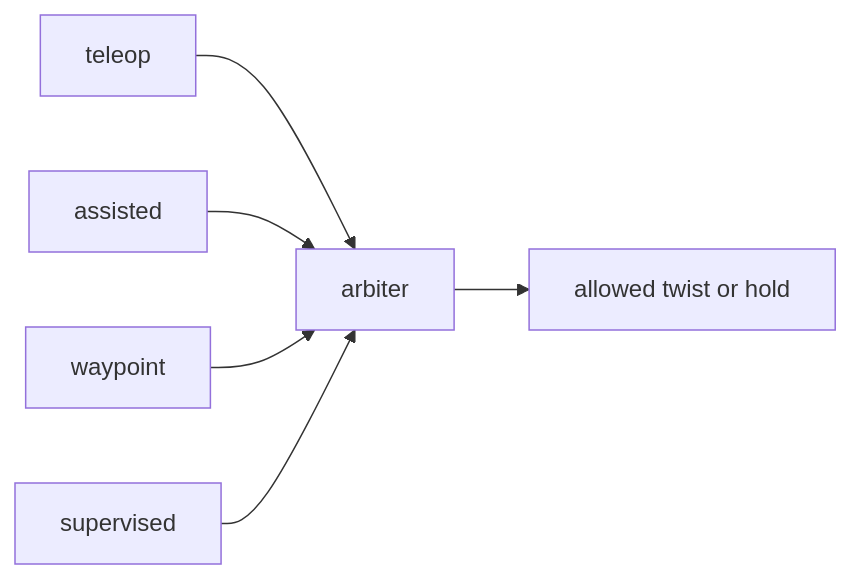
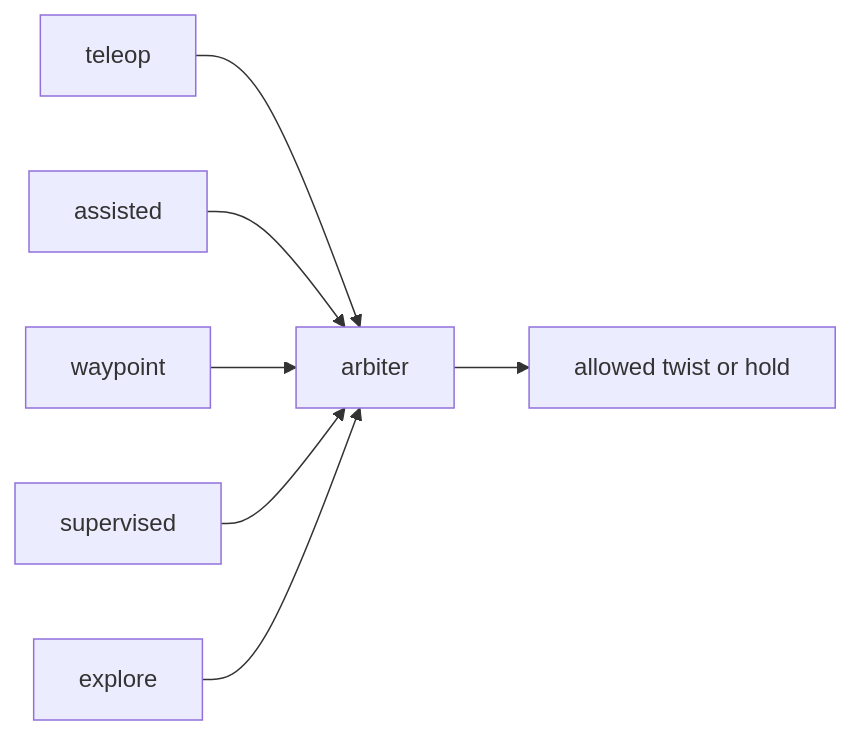
One commit to Super-Yojan/Terra changed the diagram in docs/autonomy/README.md. Above: the diagram before and after it, drawn with Mermaid. The commit also changed other lines of this file and 31 other files, not shown here.

````diff
--- a/docs/autonomy/README.md
+++ b/docs/autonomy/README.md
@@ -12,8 +12,9 @@
 ```mermaid
 flowchart LR
   T[teleop] --> A[arbiter]
   S[assisted] --> A
   W[waypoint] --> A
   U[supervised] --> A
+  E[explore] --> A
   A --> Move[allowed twist or hold]
 ```
````
